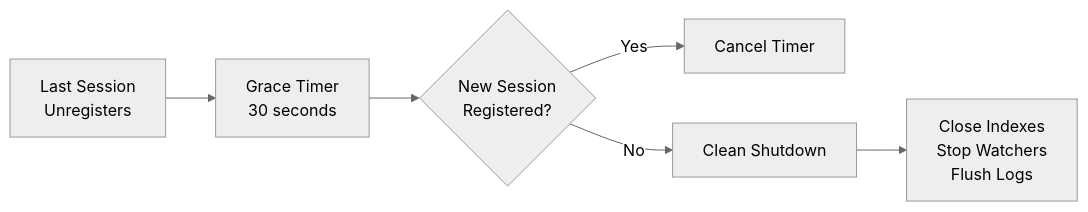
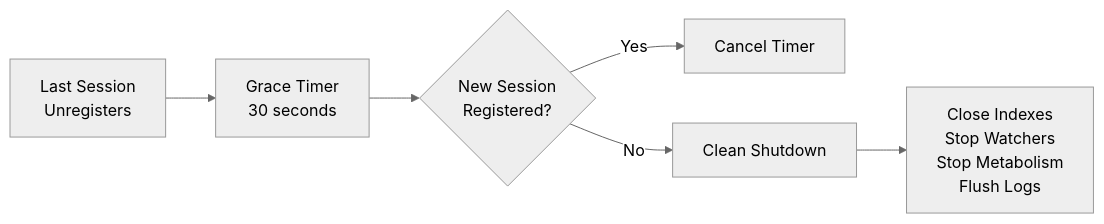
The eighth of 8 diagrams in docs/lifecycle.md (goondocks-co/myco), drawn with Mermaid (neutral theme) before and after one commit. The commit also changed other lines of this file and 81 other files, not shown here.

````diff
--- a/docs/lifecycle.md
+++ b/docs/lifecycle.md
@@ -158,8 +228,8 @@
 ```mermaid
 flowchart LR
     Unreg[Last Session<br/>Unregisters] --> Grace[Grace Timer<br/>30 seconds]
     Grace --> Check{New Session<br/>Registered?}
     Check -->|Yes| Cancel[Cancel Timer]
     Check -->|No| Shutdown[Clean Shutdown]
-    Shutdown --> Close[Close Indexes<br/>Stop Watchers<br/>Flush Logs]
+    Shutdown --> Close[Close Indexes<br/>Stop Watchers<br/>Stop Metabolism<br/>Flush Logs]
 ```
````
